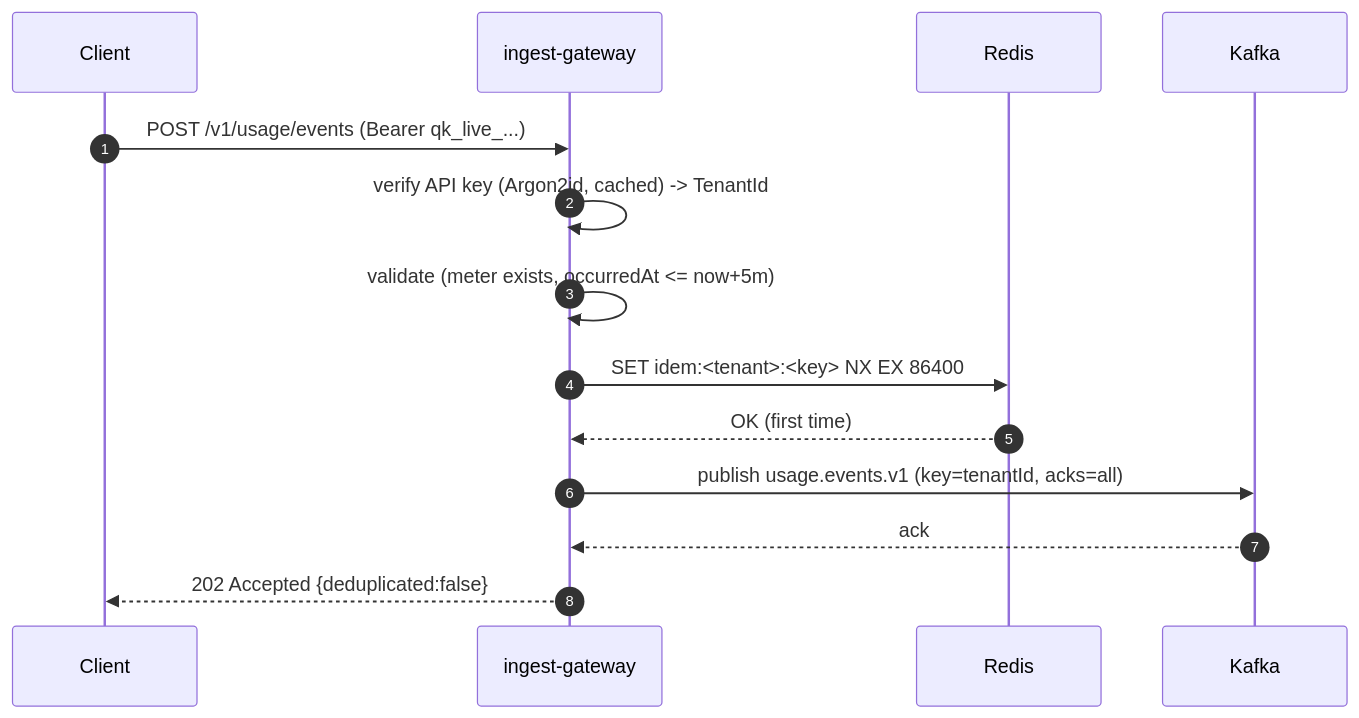
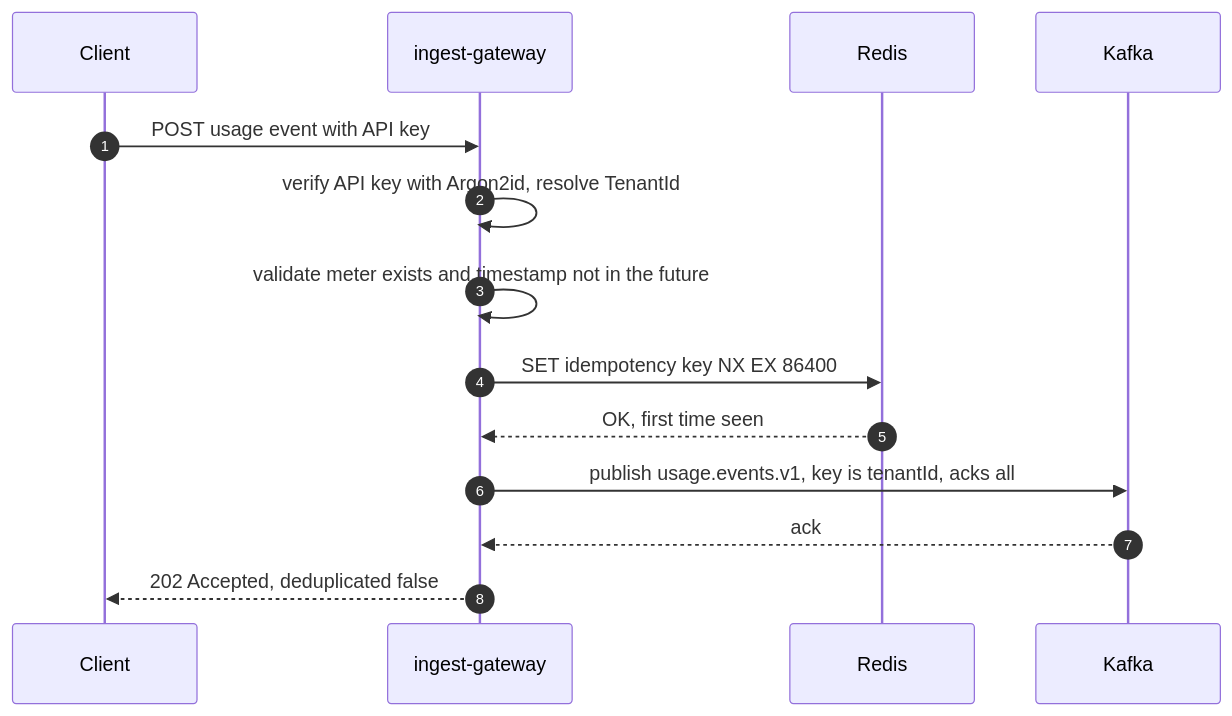
The fourth of 6 diagrams in docs/ARCHITECTURE.md (marciomarinho/quotient), drawn with Mermaid before and after one commit. The commit also changed other lines of this file and 4 other files, not shown here.

Commit message:
docs: fix Mermaid parse errors (quote labels, remove embedded arrows/@ from all diagrams)

````diff
--- a/docs/ARCHITECTURE.md
+++ b/docs/ARCHITECTURE.md
@@ -82,16 +83,16 @@
 ```mermaid
 sequenceDiagram
     autonumber
     participant C as Client
     participant G as ingest-gateway
     participant R as Redis
     participant K as Kafka
-    C->>G: POST /v1/usage/events (Bearer qk_live_...)
-    G->>G: verify API key (Argon2id, cached) -> TenantId
-    G->>G: validate (meter exists, occurredAt <= now+5m)
-    G->>R: SET idem:<tenant>:<key> NX EX 86400
-    R-->>G: OK (first time)
-    G->>K: publish usage.events.v1 (key=tenantId, acks=all)
+    C->>G: POST usage event with API key
+    G->>G: verify API key with Argon2id, resolve TenantId
+    G->>G: validate meter exists and timestamp not in the future
+    G->>R: SET idempotency key NX EX 86400
+    R-->>G: OK, first time seen
+    G->>K: publish usage.events.v1, key is tenantId, acks all
     K-->>G: ack
-    G-->>C: 202 Accepted {deduplicated:false}
+    G-->>C: 202 Accepted, deduplicated false
 ```
````
